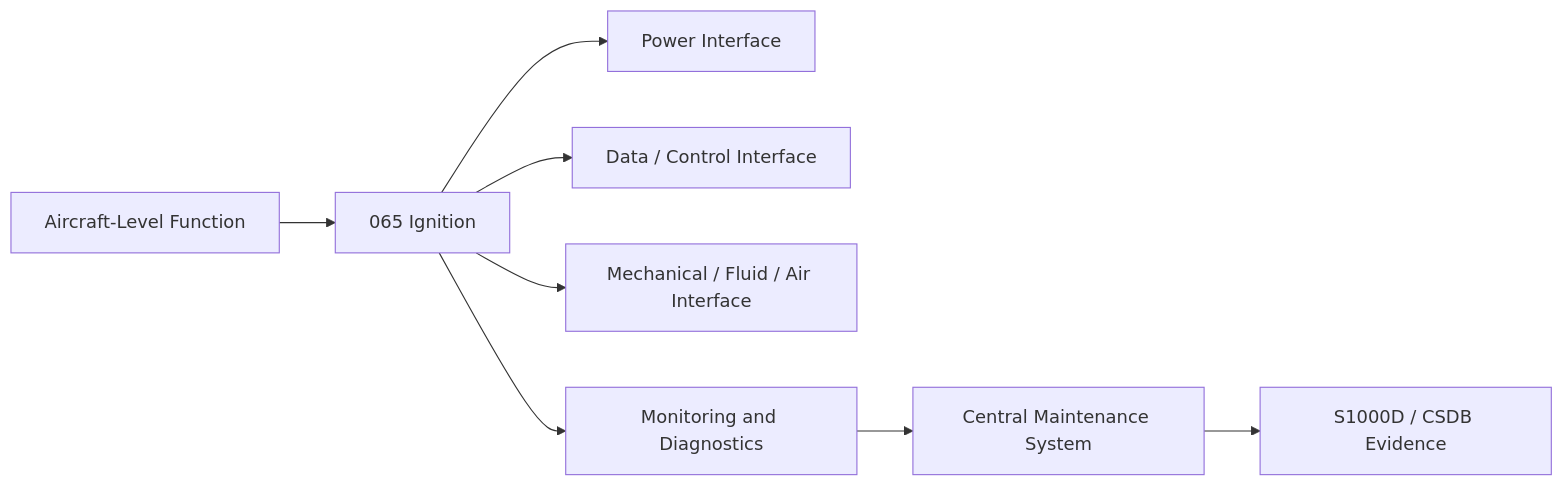
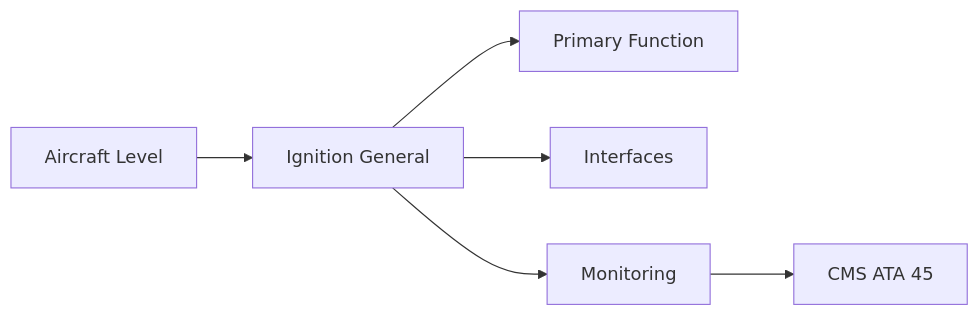
The first of 2 diagrams in Q+ATLANTIDE/000-099_ATLAS/060-069_Propulsion-Tradicional/065_Ignition/065-000-Ignition-General.md (AmedeoPelliccia/Qplus-For-All-Queer-People-and-Quantum), drawn with Mermaid before and after one commit. The commit also changed other lines of this file and 74 other files, not shown here.

````diff
--- a/Q+ATLANTIDE/000-099_ATLAS/060-069_Propulsion-Tradicional/065_Ignition/065-000-Ignition-General.md
+++ b/Q+ATLANTIDE/000-099_ATLAS/060-069_Propulsion-Tradicional/065_Ignition/065-000-Ignition-General.md
@@ -153,10 +89,8 @@
 ```mermaid
 flowchart LR
-    A[Aircraft-Level Function] --> B[065 Ignition]
-    B --> C[Power Interface]
-    B --> D[Data / Control Interface]
-    B --> E[Mechanical / Fluid / Air Interface]
-    B --> F[Monitoring and Diagnostics]
-    F --> G[Central Maintenance System]
-    G --> H[S1000D / CSDB Evidence]
+    A[Aircraft Level] --> B[Ignition General]
+    B --> C[Primary Function]
+    B --> D[Interfaces]
+    B --> E[Monitoring]
+    E --> F[CMS ATA 45]
 ```
````
